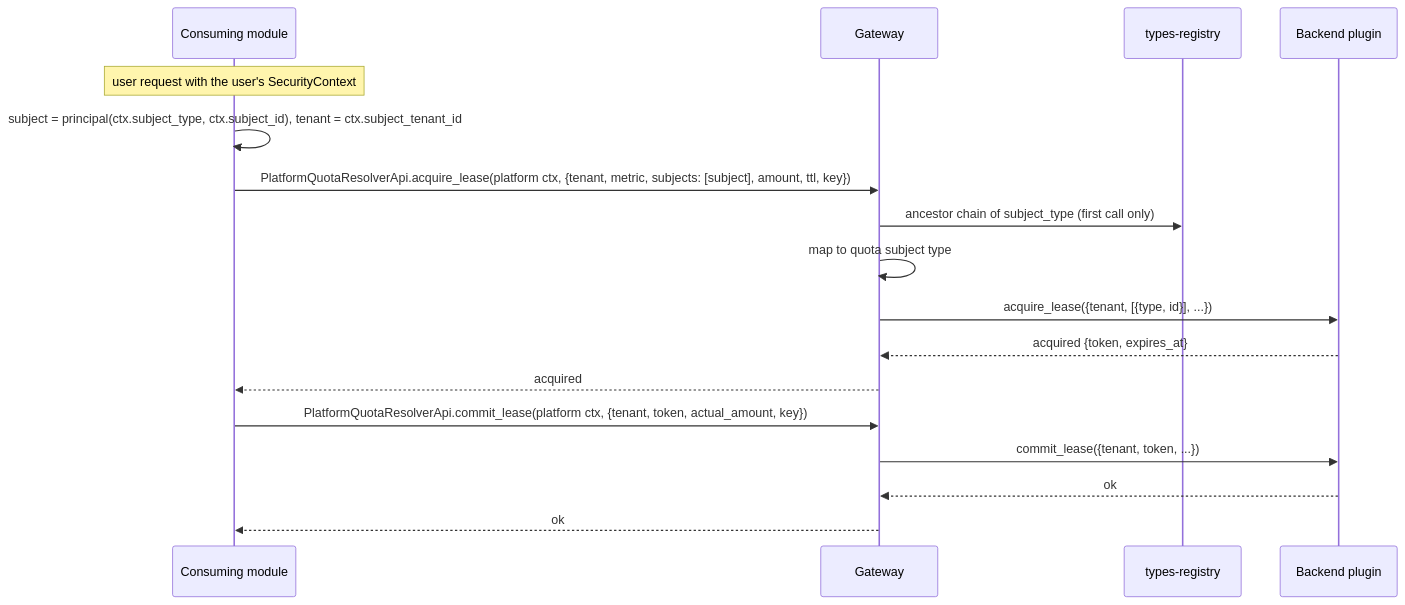
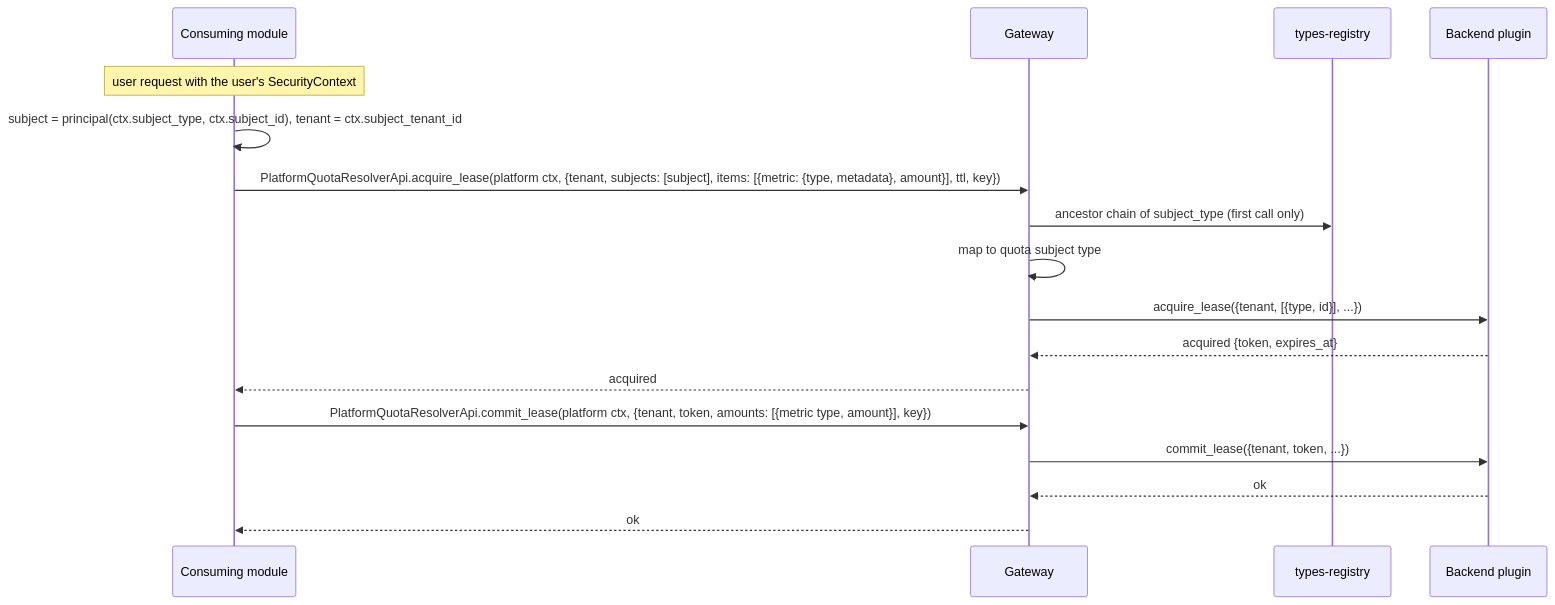
The second of 4 diagrams in gears/system/quota-resolver/docs/DESIGN.md (constructorfabric/gears-rust), drawn with Mermaid before and after one commit. The commit also changed other lines of this file and 48 other files, not shown here.

````diff
--- a/gears/system/quota-resolver/docs/DESIGN.md
+++ b/gears/system/quota-resolver/docs/DESIGN.md
@@ -416,19 +464,19 @@
 ```mermaid
 sequenceDiagram
     participant M as Consuming module
     participant G as Gateway
     participant R as types-registry
     participant A as Backend plugin
     Note over M: user request with the user's SecurityContext
     M->>M: subject = principal(ctx.subject_type, ctx.subject_id), tenant = ctx.subject_tenant_id
-    M->>G: PlatformQuotaResolverApi.acquire_lease(platform ctx, {tenant, metric, subjects: [subject], amount, ttl, key})
+    M->>G: PlatformQuotaResolverApi.acquire_lease(platform ctx, {tenant, subjects: [subject], items: [{metric: {type, metadata}, amount}], ttl, key})
     G->>R: ancestor chain of subject_type (first call only)
     G->>G: map to quota subject type
     G->>A: acquire_lease({tenant, [{type, id}], ...})
     A-->>G: acquired {token, expires_at}
     G-->>M: acquired
-    M->>G: PlatformQuotaResolverApi.commit_lease(platform ctx, {tenant, token, actual_amount, key})
+    M->>G: PlatformQuotaResolverApi.commit_lease(platform ctx, {tenant, token, amounts: [{metric type, amount}], key})
     G->>A: commit_lease({tenant, token, ...})
     A-->>G: ok
     G-->>M: ok
 ```
````
